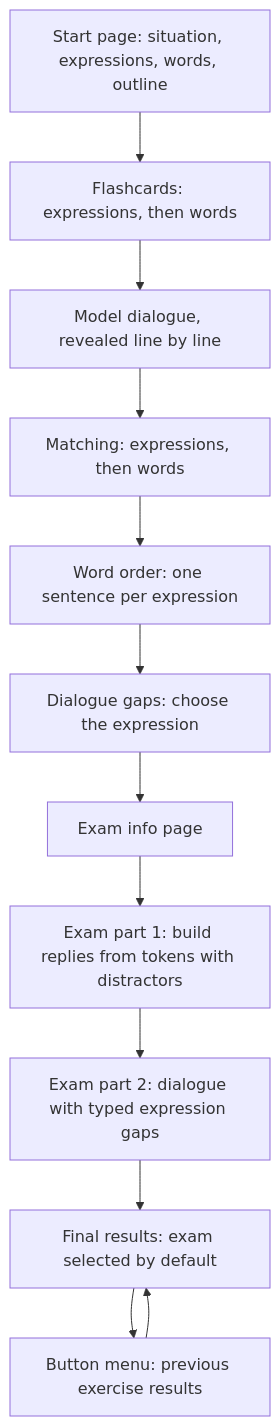
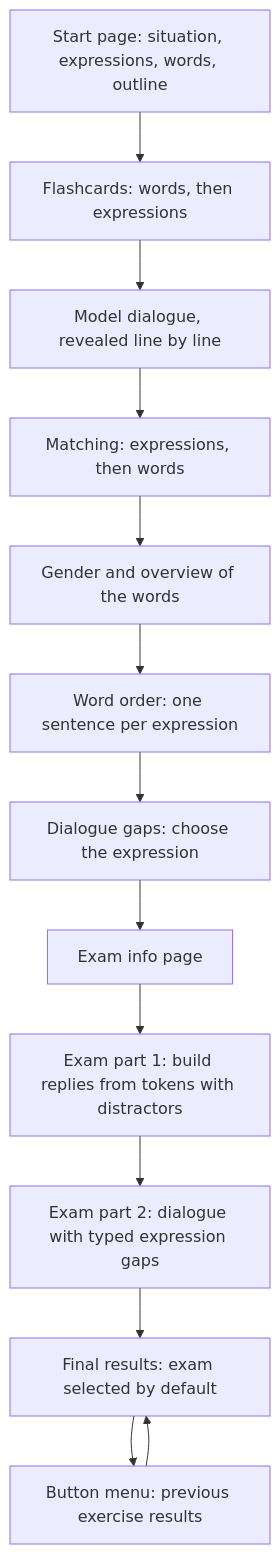
One commit to bastian-schnitzler/lesson_prototype changed the fifth of 45 diagrams in docs/SPEC.md. Above: the diagram before and after it, drawn with Mermaid. The commit also changed other lines of this file and 27 other files, not shown here.

First line of the commit message:
P4-05 review: vocabulary-style flashcards, gender page, exam translations, unique word orders

````diff
--- a/docs/SPEC.md
+++ b/docs/SPEC.md
@@ -802,14 +802,15 @@
 ```mermaid
 flowchart TD
-    S[Start page: situation, expressions, words, outline] --> A[Flashcards: expressions, then words]
+    S[Start page: situation, expressions, words, outline] --> A[Flashcards: words, then expressions]
     A --> B[Model dialogue, revealed line by line]
     B --> C[Matching: expressions, then words]
-    C --> D[Word order: one sentence per expression]
+    C --> C2[Gender and overview of the words]
+    C2 --> D[Word order: one sentence per expression]
     D --> E[Dialogue gaps: choose the expression]
     E --> F[Exam info page]
     F --> G[Exam part 1: build replies from tokens with distractors]
     G --> H[Exam part 2: dialogue with typed expression gaps]
     H --> R[Final results: exam selected by default]
     R --> M[Button menu: previous exercise results]
     M --> R
 ```
````
